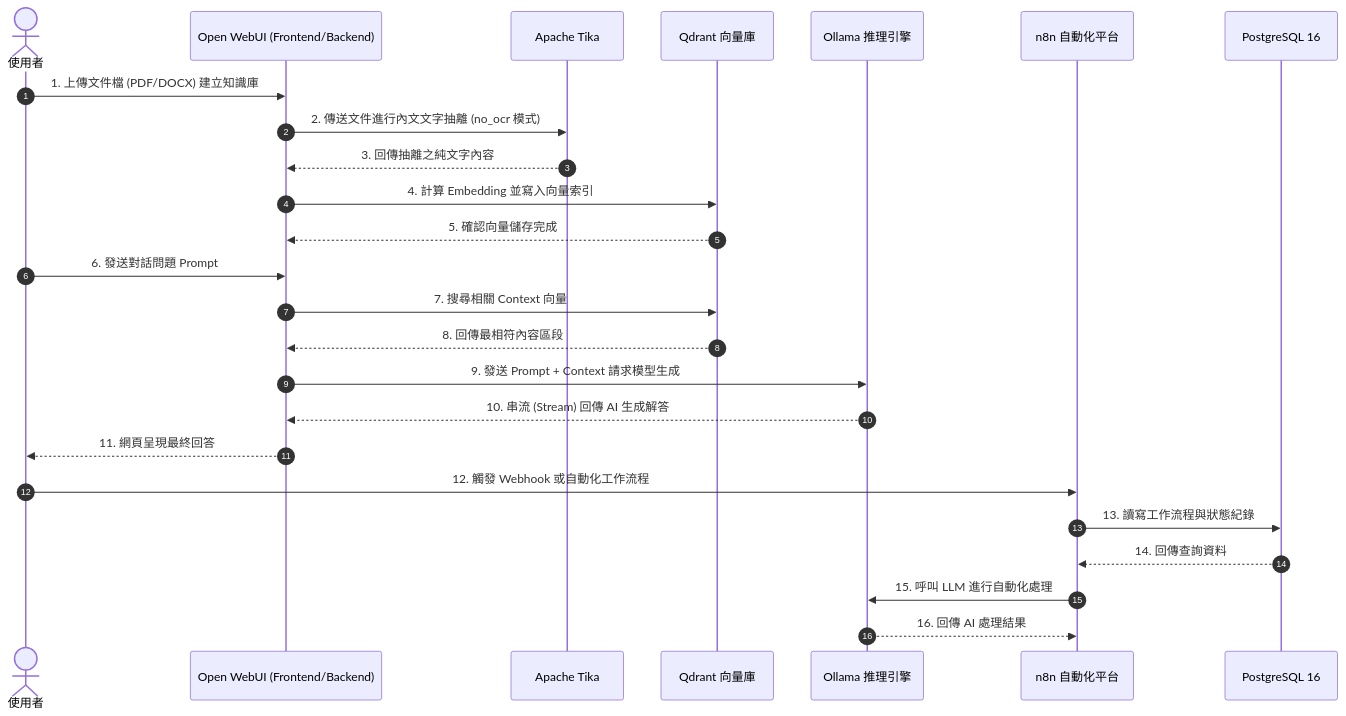
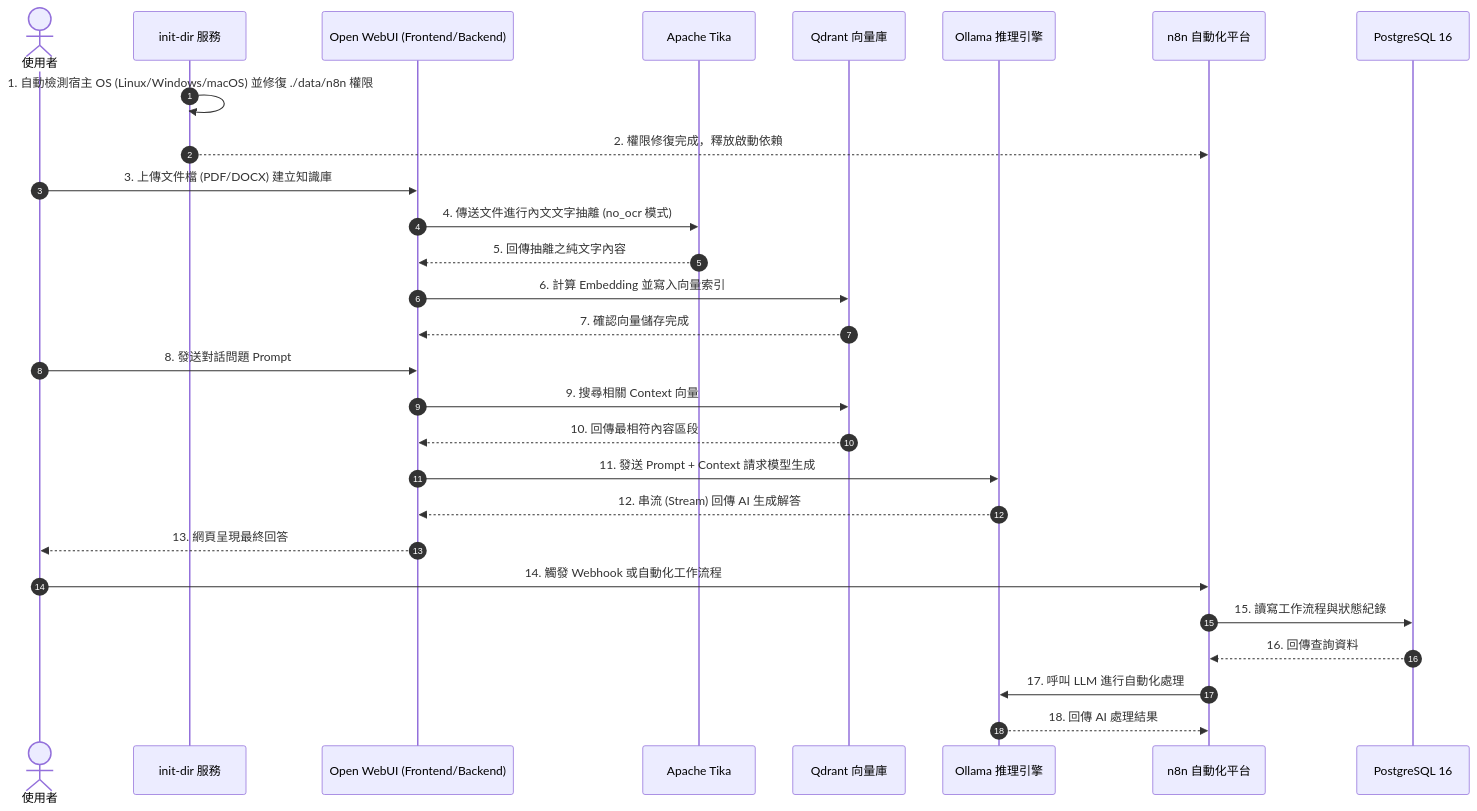
Before and after one commit to dengkai-shih/ai-tools-compose: the third of 3 diagrams in README.md, drawn with Mermaid. The commit also changed other lines of this file and 30 other files, not shown here.

Commit message:
2026-07-20 1. 修正 n8n權限問題 2. 自動初始化目錄與權限修復服務 (init-dir)，加入可自動判斷不同作業系統進行不同修復 3. 在不變更原檔案說明架構的基礎上，依據上述的對話內容與專案現況修改<reademe>、<task_log>、<skill>資訊

````diff
--- a/README.md
+++ b/README.md
@@ -104,32 +106,37 @@
 ```mermaid
 sequenceDiagram
     autonumber
     actor User as 使用者
+    participant Init as init-dir 服務
     participant WebUI as Open WebUI (Frontend/Backend)
     participant Tika as Apache Tika
     participant Qdrant as Qdrant 向量庫
     participant Ollama as Ollama 推理引擎
     participant n8n as n8n 自動化平台
     participant DB as PostgreSQL 16
 
+    %% 初始化階段
+    Init->>Init: 1. 自動檢測宿主 OS (Linux/Windows/macOS) 並修復 ./data/n8n 權限
+    Init-->>n8n: 2. 權限修復完成，釋放啟動依賴
+
     %% RAG 知識庫上傳與對話
-    User->>WebUI: 1. 上傳文件檔 (PDF/DOCX) 建立知識庫
-    WebUI->>Tika: 2. 傳送文件進行內文文字抽離 (no_ocr 模式)
-    Tika-->>WebUI: 3. 回傳抽離之純文字內容
-    WebUI->>Qdrant: 4. 計算 Embedding 並寫入向量索引
-    Qdrant-->>WebUI: 5. 確認向量儲存完成
+    User->>WebUI: 3. 上傳文件檔 (PDF/DOCX) 建立知識庫
+    WebUI->>Tika: 4. 傳送文件進行內文文字抽離 (no_ocr 模式)
+    Tika-->>WebUI: 5. 回傳抽離之純文字內容
+    WebUI->>Qdrant: 6. 計算 Embedding 並寫入向量索引
+    Qdrant-->>WebUI: 7. 確認向量儲存完成
 
-    User->>WebUI: 6. 發送對話問題 Prompt
-    WebUI->>Qdrant: 7. 搜尋相關 Context 向量
-    Qdrant-->>WebUI: 8. 回傳最相符內容區段
-    WebUI->>Ollama: 9. 發送 Prompt + Context 請求模型生成
-    Ollama-->>WebUI: 10. 串流 (Stream) 回傳 AI 生成解答
-    WebUI-->>User: 11. 網頁呈現最終回答
+    User->>WebUI: 8. 發送對話問題 Prompt
+    WebUI->>Qdrant: 9. 搜尋相關 Context 向量
+    Qdrant-->>WebUI: 10. 回傳最相符內容區段
+    WebUI->>Ollama: 11. 發送 Prompt + Context 請求模型生成
+    Ollama-->>WebUI: 12. 串流 (Stream) 回傳 AI 生成解答
+    WebUI-->>User: 13. 網頁呈現最終回答
 
     %% 工作流觸發
-    User->>n8n: 12. 觸發 Webhook 或自動化工作流程
-    n8n->>DB: 13. 讀寫工作流程與狀態紀錄
-    DB-->>n8n: 14. 回傳查詢資料
-    n8n->>Ollama: 15. 呼叫 LLM 進行自動化處理
-    Ollama-->>n8n: 16. 回傳 AI 處理結果
+    User->>n8n: 14. 觸發 Webhook 或自動化工作流程
+    n8n->>DB: 15. 讀寫工作流程與狀態紀錄
+    DB-->>n8n: 16. 回傳查詢資料
+    n8n->>Ollama: 17. 呼叫 LLM 進行自動化處理
+    Ollama-->>n8n: 18. 回傳 AI 處理結果
 ```
````
